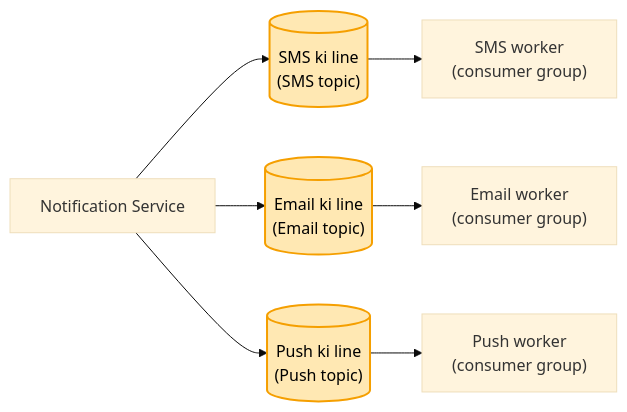
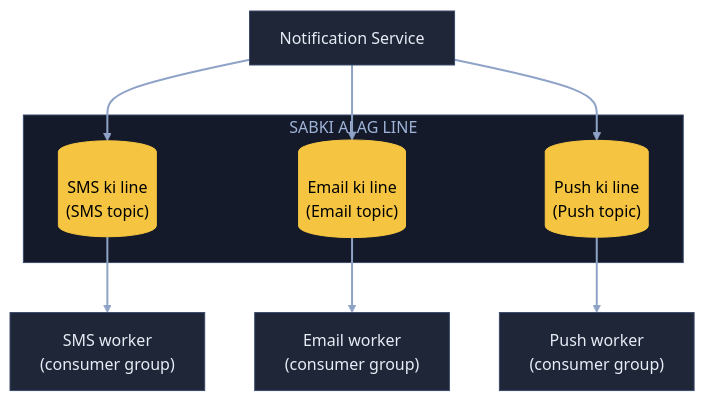
Before and after one commit to ArpanMaheshwari144/Prep: the second of 9 diagrams in 04_HLD/SYSTEM_DESIGNS/04_notification_system/04_notification_system.md, drawn with Mermaid (base theme). The commit also changed other lines of this file, not shown here.

Commit message:
Notification: 9 diagram YouTube (reel) wale card andaaz me

````diff
--- a/04_HLD/SYSTEM_DESIGNS/04_notification_system/04_notification_system.md
+++ b/04_HLD/SYSTEM_DESIGNS/04_notification_system/04_notification_system.md
@@ -62,12 +76,24 @@
 ```mermaid
-flowchart LR
-    N["Notification Service"] --> S[("SMS ki line<br/>(SMS topic)")]
-    N --> E[("Email ki line<br/>(Email topic)")]
-    N --> P[("Push ki line<br/>(Push topic)")]
-    S --> SW["SMS worker<br/>(consumer group)"]
-    E --> EW["Email worker<br/>(consumer group)"]
-    P --> PW["Push worker<br/>(consumer group)"]
-    style S fill:#ffe8b3,stroke:#f59f00,stroke-width:2px,color:#000
-    style E fill:#ffe8b3,stroke:#f59f00,stroke-width:2px,color:#000
-    style P fill:#ffe8b3,stroke:#f59f00,stroke-width:2px,color:#000
+flowchart TB
+    N["Notification Service"]:::card
+    subgraph AL["SABKI ALAG LINE"]
+        S[("SMS ki line<br/>(SMS topic)")]:::pill
+        E[("Email ki line<br/>(Email topic)")]:::pill
+        P[("Push ki line<br/>(Push topic)")]:::pill
+    end
+    SW["SMS worker<br/>(consumer group)"]:::card
+    EW["Email worker<br/>(consumer group)"]:::card
+    PW["Push worker<br/>(consumer group)"]:::card
+    N --> S
+    N --> E
+    N --> P
+    S --> SW
+    E --> EW
+    P --> PW
+    linkStyle default stroke:#8fa3c7,stroke-width:2px
+    classDef card fill:#1e2638,stroke:#3a4a6b,color:#e8ecf5
+    classDef pill fill:#f5c542,stroke:#f5c542,color:#000
+    classDef good fill:#2e7d4f,stroke:#3fbf6f,color:#fff
+    classDef bad fill:#5c1f24,stroke:#e05561,color:#fff
+    style AL fill:#141a29,stroke:#3a4a6b,color:#9fb3d9
 ```
````
